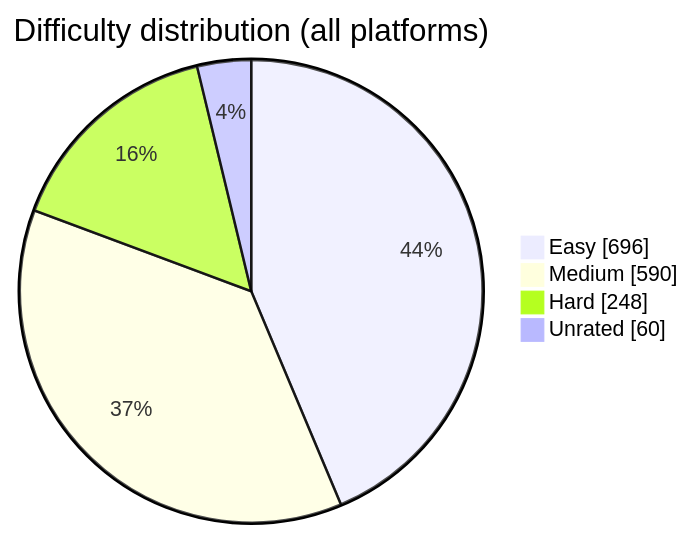
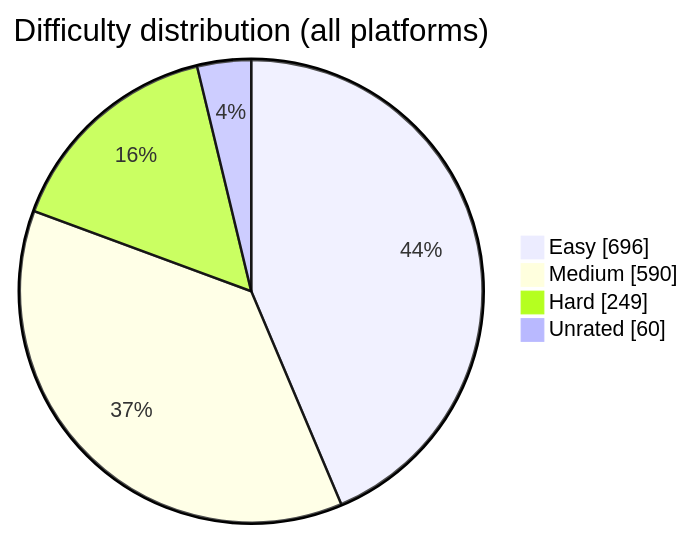
The diagram in README.md (BuildbyArindam/Daily-Coding-Log), drawn with Mermaid before and after one commit. The commit also changed other lines of this file, not shown here.

````diff
--- a/README.md
+++ b/README.md
@@ -93,7 +93,7 @@
 ```mermaid
 pie showData title Difficulty distribution (all platforms)
     "Easy" : 696
     "Medium" : 590
-    "Hard" : 248
+    "Hard" : 249
     "Unrated" : 60
 ```
````
